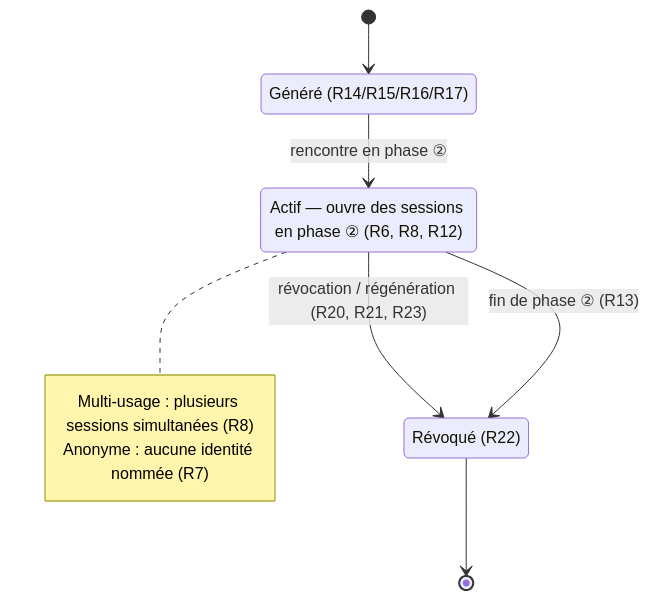
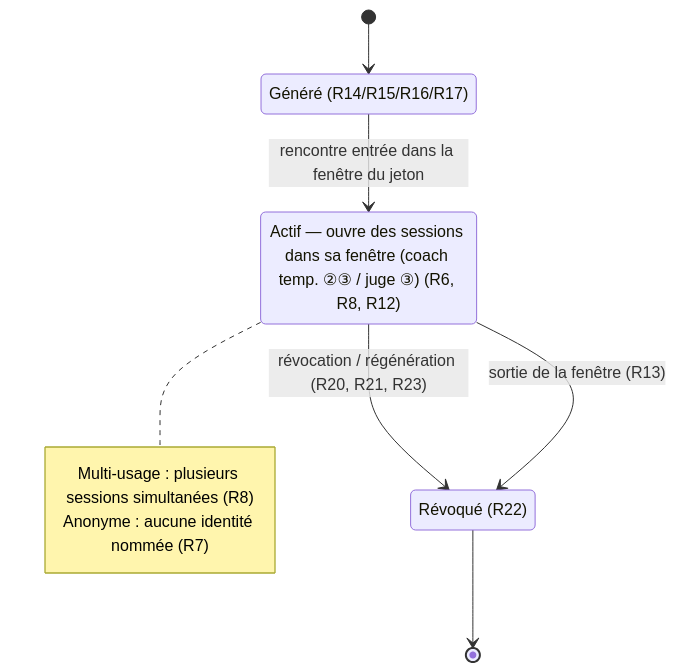
Before and after one commit to julleroyfr/interclub: the second of 2 diagrams in docs/specs/02-authentification-et-sessions-qr.md, drawn with Mermaid. The commit also changed other lines of this file and 18 other files, not shown here.

First line of the commit message:
feat(coach): espace coach (spec #5) + phase « préparation jour J »

````diff
--- a/docs/specs/02-authentification-et-sessions-qr.md
+++ b/docs/specs/02-authentification-et-sessions-qr.md
@@ -199,15 +210,15 @@
 ```mermaid
 stateDiagram-v2
   [*] --> Genere
   Genere: Généré (R14/R15/R16/R17)
-  Actif: Actif — ouvre des sessions en phase ② (R6, R8, R12)
+  Actif: Actif — ouvre des sessions dans sa fenêtre (coach temp. ②③ / juge ③) (R6, R8, R12)
   Revoque: Révoqué (R22)
-  Genere --> Actif: rencontre en phase ②
+  Genere --> Actif: rencontre entrée dans la fenêtre du jeton
   Actif --> Revoque: révocation / régénération (R20, R21, R23)
-  Actif --> Revoque: fin de phase ② (R13)
+  Actif --> Revoque: sortie de la fenêtre (R13)
   Revoque --> [*]
   note right of Actif
     Multi-usage : plusieurs sessions simultanées (R8)
     Anonyme : aucune identité nommée (R7)
   end note
 ```
````
